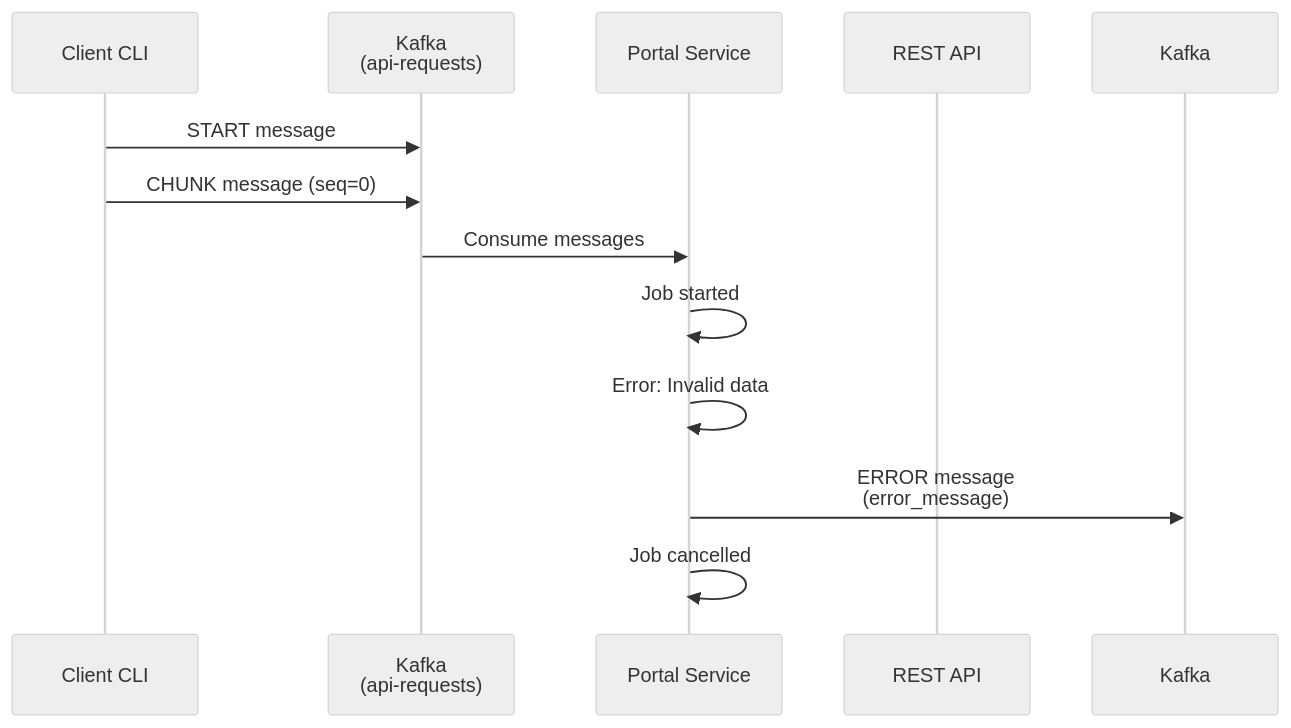
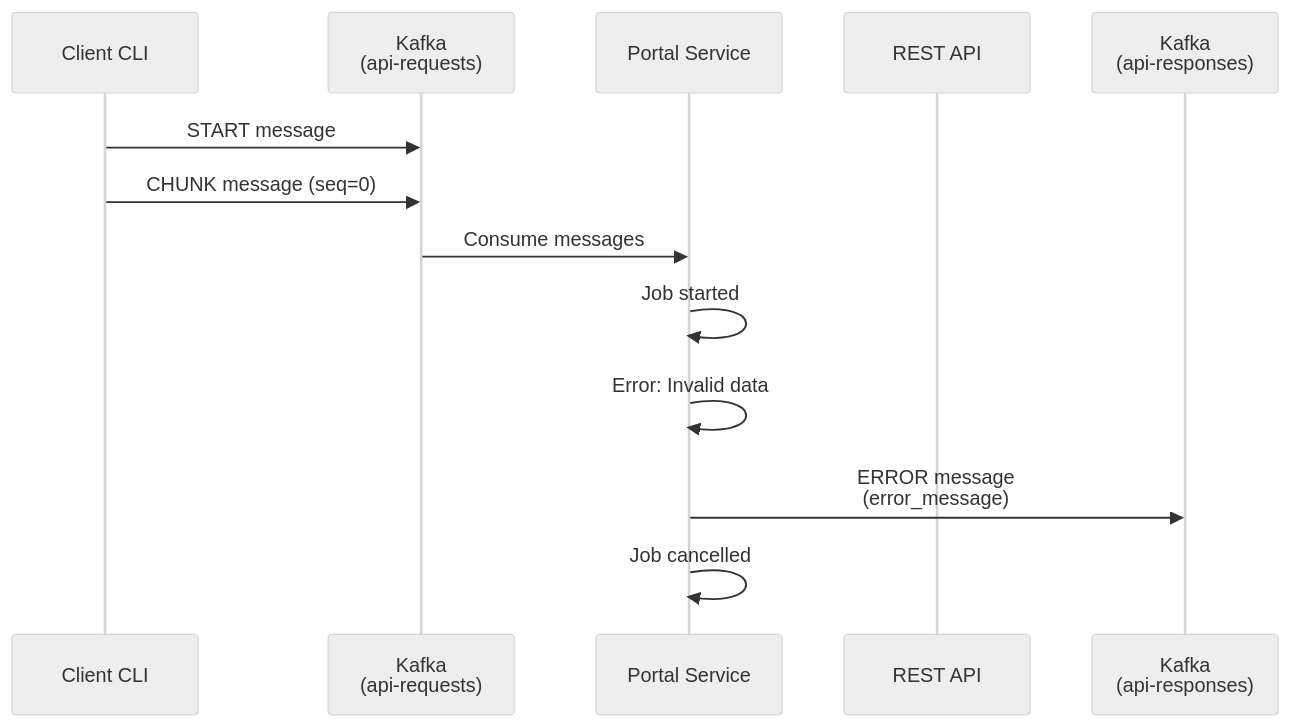
Before and after one commit to oshea00/kafkasend: the ninth of 11 diagrams in PROTOCOL.md, drawn with Mermaid (neutral theme). The commit also changed other lines of this file, not shown here.

Commit message:
Diagram updates

````diff
--- a/PROTOCOL.md
+++ b/PROTOCOL.md
@@ -454,15 +456,16 @@
 ```mermaid
 sequenceDiagram
     participant C as Client CLI
     participant KR as Kafka<br/>(api-requests)
     participant P as Portal Service
     participant A as REST API
+    participant KS as Kafka<br/>(api-responses)
 
     C->>KR: START message
     C->>KR: CHUNK message (seq=0)
     KR->>P: Consume messages
     P->>P: Job started
     P->>P: Error: Invalid data
-    P->>Kafka: ERROR message<br/>(error_message)
+    P->>KS: ERROR message<br/>(error_message)
     P->>P: Job cancelled
 ```
````
